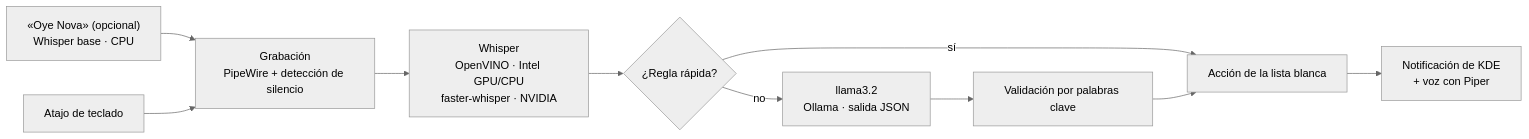
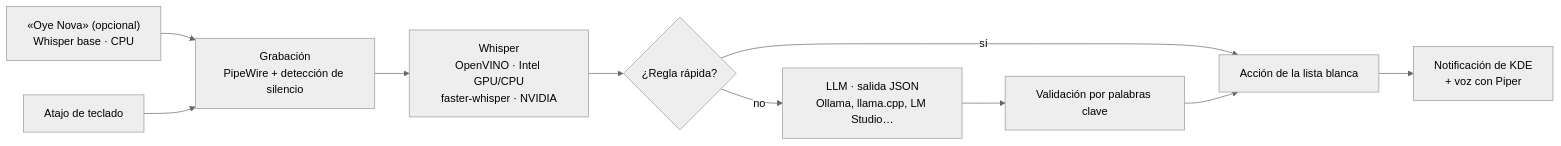
One commit to frantsiles/asistente-voz changed the diagram in README.md. Above: the diagram before and after it, drawn with Mermaid (neutral theme). The commit also changed other lines of this file and 7 other files, not shown here.

First line of the commit message:
Proveedor de LLM configurable: Ollama, API compatible con OpenAI o ninguno

````diff
--- a/README.md
+++ b/README.md
@@ -7,11 +7,11 @@
 ```mermaid
 flowchart LR
     W["«Oye Nova» (opcional)<br/>Whisper base · CPU"] --> B
     A[Atajo de teclado] --> B[Grabación<br/>PipeWire + detección de silencio]
     B --> C[Whisper<br/>OpenVINO · Intel GPU/CPU<br/>faster-whisper · NVIDIA]
     C --> D{¿Regla rápida?}
     D -- sí --> F[Acción de la lista blanca]
-    D -- no --> E[llama3.2<br/>Ollama · salida JSON]
+    D -- no --> E[LLM · salida JSON<br/>Ollama, llama.cpp, LM Studio…]
     E --> V[Validación por palabras clave] --> F
     F --> G[Notificación de KDE<br/>+ voz con Piper]
 ```
````
